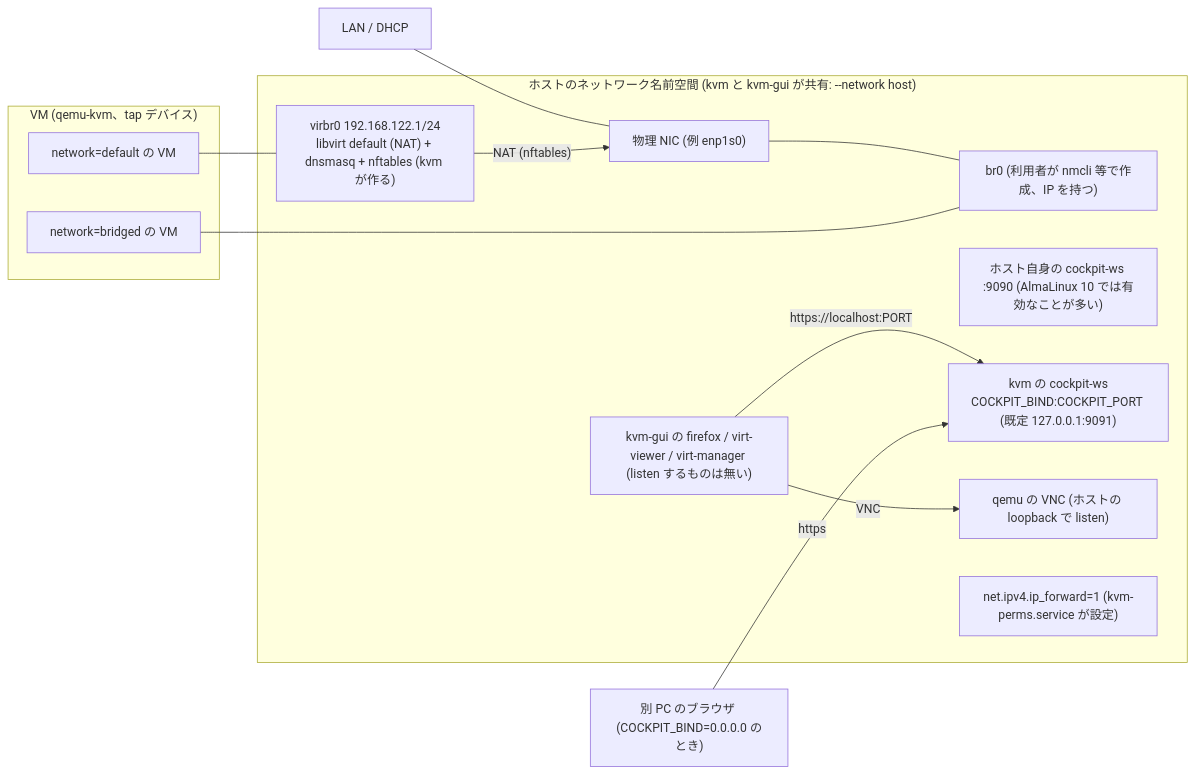
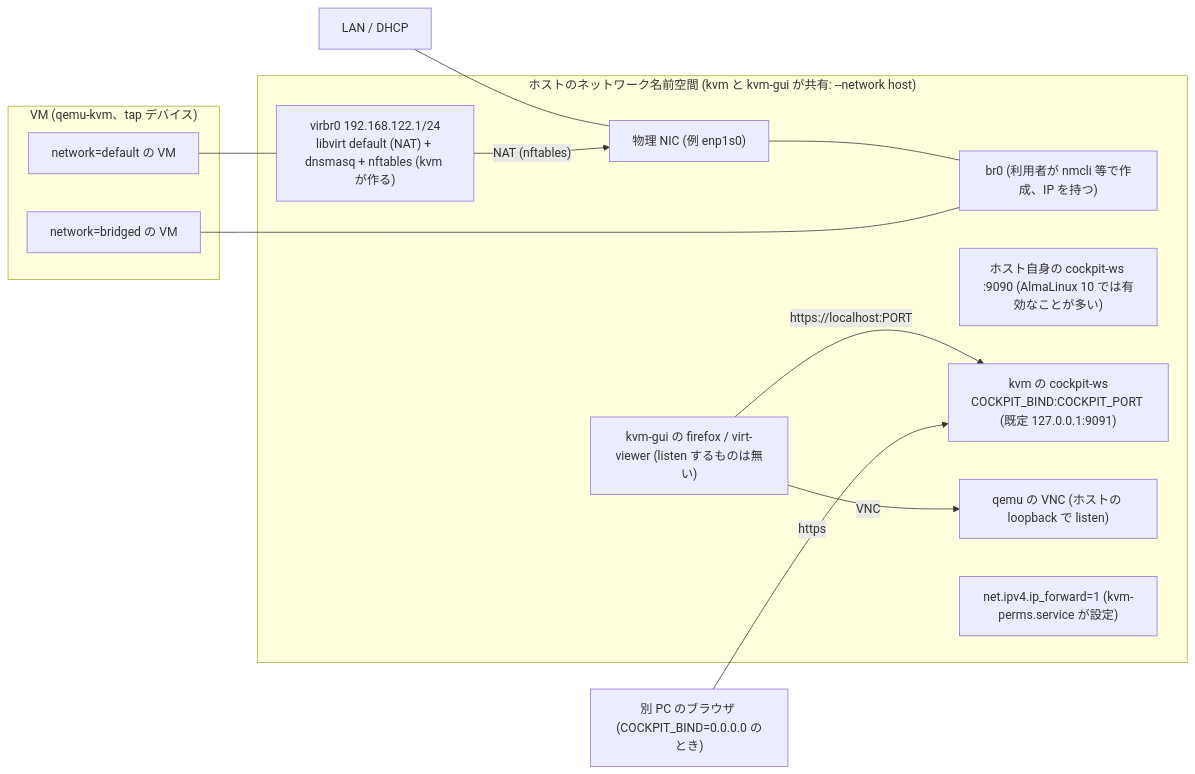
Diagram 11 of 22 in docs/SPEC.md (ryo-aoki-pc/kvm-container), drawn with Mermaid before and after one commit. The commit also changed other lines of this file and 6 other files, not shown here.

First line of the commit message:
virt-manager を削除する (#24)

````diff
--- a/docs/SPEC.md
+++ b/docs/SPEC.md
@@ -615,25 +610,25 @@
 ```mermaid
 flowchart LR
   subgraph ns ["ホストのネットワーク名前空間 (kvm と kvm-gui が共有: --network host)"]
     nic["物理 NIC (例 enp1s0)"]
     br0["br0 (利用者が nmcli 等で作成、IP を持つ)"]
     virbr0["virbr0 192.168.122.1/24<br/>libvirt default (NAT) + dnsmasq + nftables (kvm が作る)"]
     hcock["ホスト自身の cockpit-ws :9090 (AlmaLinux 10 では有効なことが多い)"]
     ccock["kvm の cockpit-ws<br/>COCKPIT_BIND:COCKPIT_PORT (既定 127.0.0.1:9091)"]
     vnc["qemu の VNC (ホストの loopback で listen)"]
     ipf["net.ipv4.ip_forward=1 (kvm-perms.service が設定)"]
-    gapps["kvm-gui の firefox / virt-viewer / virt-manager (listen するものは無い)"]
+    gapps["kvm-gui の firefox / virt-viewer (listen するものは無い)"]
   end
   subgraph vms ["VM (qemu-kvm、tap デバイス)"]
     vmA["network=default の VM"]
     vmB["network=bridged の VM"]
   end
   lan["LAN / DHCP"] --- nic
   nic --- br0
   vmA --- virbr0
   vmB --- br0
   virbr0 -->|"NAT (nftables)"| nic
   gapps -->|"https://localhost:PORT"| ccock
   gapps -->|"VNC"| vnc
   browser["別 PC のブラウザ (COCKPIT_BIND=0.0.0.0 のとき)"] -->|"https"| ccock
 ```
````
